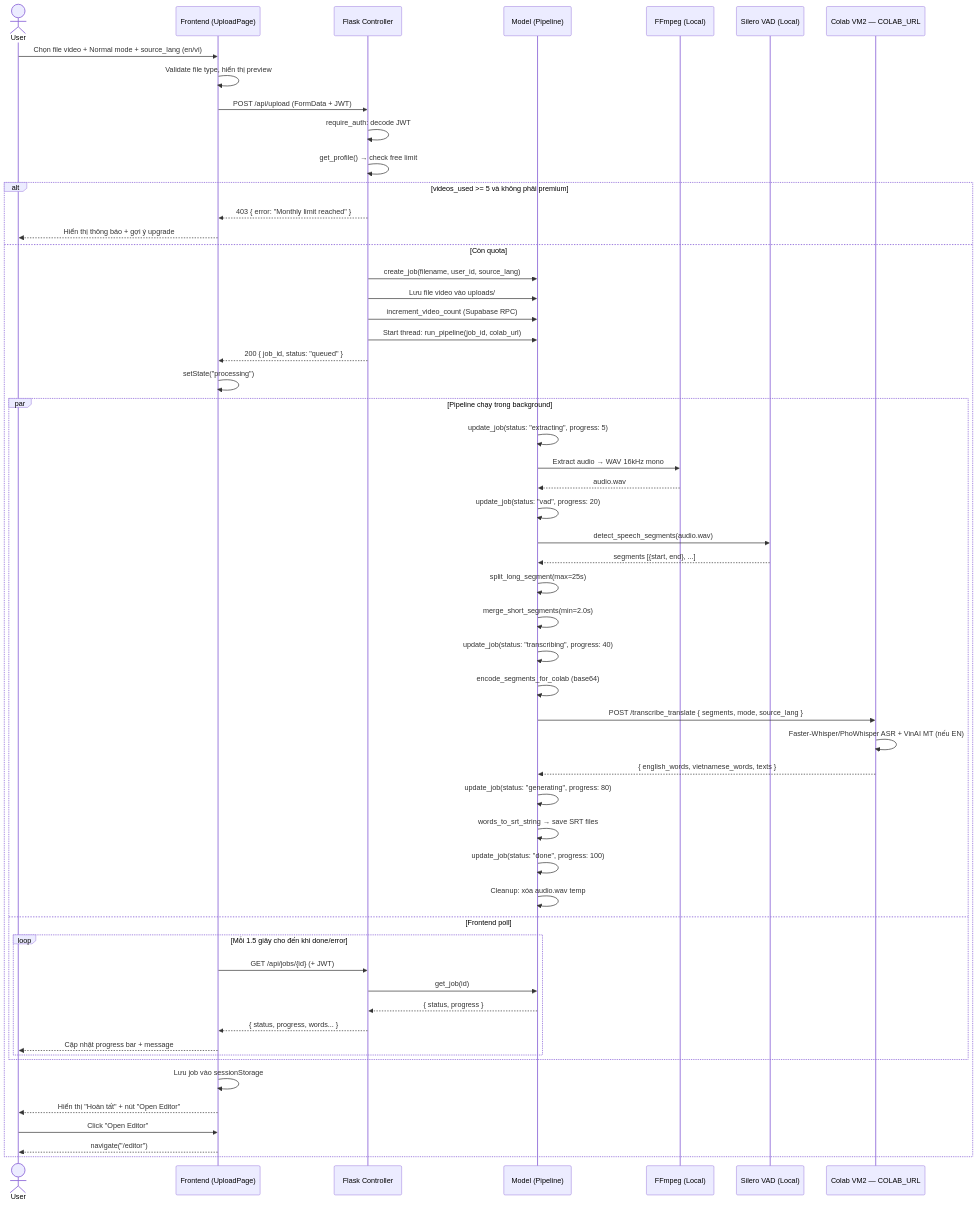
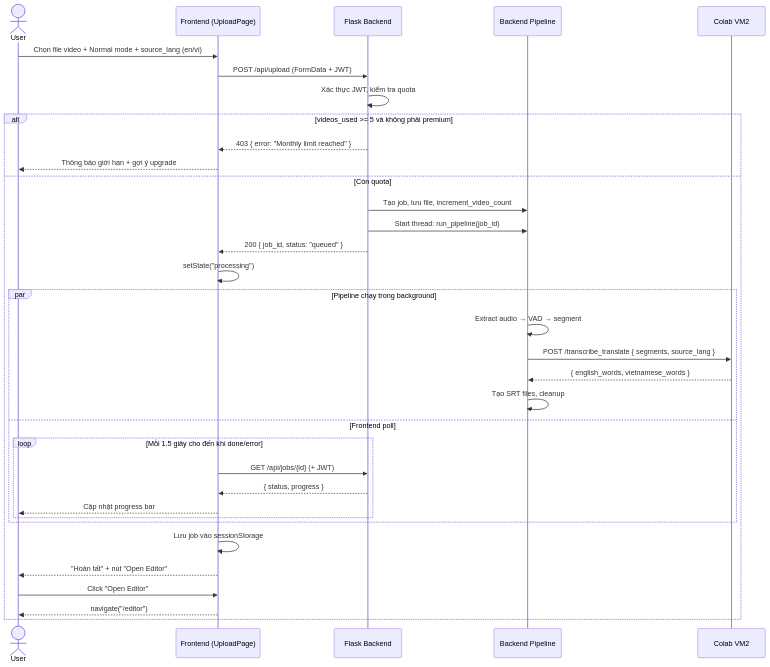
Before and after one commit to SonDinh1129/subtitle-project: the sixth of 22 diagrams in docs/system-flows.md, drawn with Mermaid. The commit also changed other lines of this file and 1 other file, not shown here.

````diff
--- a/docs/system-flows.md
+++ b/docs/system-flows.md
@@ -175,67 +178,39 @@
 ```mermaid
 sequenceDiagram
     actor User
     participant FE as Frontend (UploadPage)
-    participant Flask as Flask Controller
-    participant Model as Model (Pipeline)
-    participant FFmpeg as FFmpeg (Local)
-    participant VAD as Silero VAD (Local)
-    participant VM2 as Colab VM2 — COLAB_URL
+    participant Flask as Flask Backend
+    participant Pipeline as Backend Pipeline
+    participant VM2 as Colab VM2
 
     User->>FE: Chọn file video + Normal mode + source_lang (en/vi)
-    FE->>FE: Validate file type, hiển thị preview
-
     FE->>Flask: POST /api/upload (FormData + JWT)
-    Flask->>Flask: require_auth: decode JWT
-    Flask->>Flask: get_profile() → check free limit
+    Flask->>Flask: Xác thực JWT, kiểm tra quota
     alt videos_used >= 5 và không phải premium
         Flask-->>FE: 403 { error: "Monthly limit reached" }
-        FE-->>User: Hiển thị thông báo + gợi ý upgrade
+        FE-->>User: Thông báo giới hạn + gợi ý upgrade
     else Còn quota
-        Flask->>Model: create_job(filename, user_id, source_lang)
-        Flask->>Model: Lưu file video vào uploads/
-        Flask->>Model: increment_video_count (Supabase RPC)
-
-        Flask->>Model: Start thread: run_pipeline(job_id, colab_url)
+        Flask->>Pipeline: Tạo job, lưu file, increment_video_count
+        Flask->>Pipeline: Start thread: run_pipeline(job_id)
         Flask-->>FE: 200 { job_id, status: "queued" }
-
         FE->>FE: setState("processing")
 
         par Pipeline chạy trong background
-            Model->>Model: update_job(status: "extracting", progress: 5)
-            Model->>FFmpeg: Extract audio → WAV 16kHz mono
-            FFmpeg-->>Model: audio.wav
-
-            Model->>Model: update_job(status: "vad", progress: 20)
-            Model->>VAD: detect_speech_segments(audio.wav)
-            VAD-->>Model: segments [{start, end}, ...]
-            Model->>Model: split_long_segment(max=25s)
-            Model->>Model: merge_short_segments(min=2.0s)
-
-            Model->>Model: update_job(status: "transcribing", progress: 40)
-            Model->>Model: encode_segments_for_colab (base64)
-            Model->>VM2: POST /transcribe_translate { segments, mode, source_lang }
-            VM2->>VM2: Faster-Whisper/PhoWhisper ASR + VinAI MT (nếu EN)
-            VM2-->>Model: { english_words, vietnamese_words, texts }
-
-            Model->>Model: update_job(status: "generating", progress: 80)
-            Model->>Model: words_to_srt_string → save SRT files
-
-            Model->>Model: update_job(status: "done", progress: 100)
-            Model->>Model: Cleanup: xóa audio.wav temp
+            Pipeline->>Pipeline: Extract audio → VAD → segment
+            Pipeline->>VM2: POST /transcribe_translate { segments, source_lang }
+            VM2-->>Pipeline: { english_words, vietnamese_words }
+            Pipeline->>Pipeline: Tạo SRT files, cleanup
         and Frontend poll
             loop Mỗi 1.5 giây cho đến khi done/error
                 FE->>Flask: GET /api/jobs/{id} (+ JWT)
-                Flask->>Model: get_job(id)
-                Model-->>Flask: { status, progress }
-                Flask-->>FE: { status, progress, words... }
-                FE-->>User: Cập nhật progress bar + message
+                Flask-->>FE: { status, progress }
+                FE-->>User: Cập nhật progress bar
             end
         end
 
         FE->>FE: Lưu job vào sessionStorage
-        FE-->>User: Hiển thị "Hoàn tất" + nút "Open Editor"
+        FE-->>User: "Hoàn tất" + nút "Open Editor"
         User->>FE: Click "Open Editor"
         FE-->>User: navigate("/editor")
     end
 ```
````
